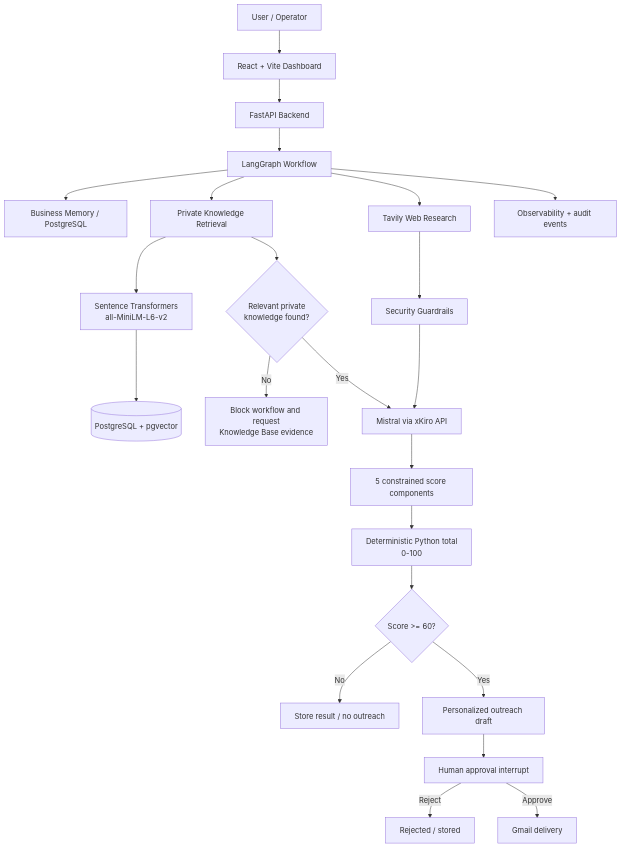
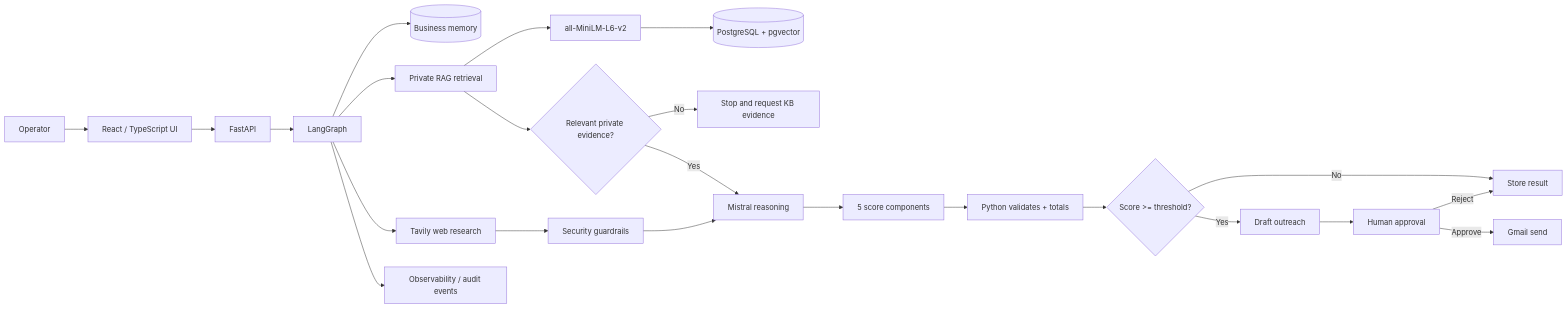
The diagram in README.md (mishal913/autonomous-ai-employee), drawn with Mermaid before and after one commit. The commit also changed other lines of this file and 8 other files, not shown here.

````diff
--- a/README.md
+++ b/README.md
@@ -50,35 +37,30 @@
 ```mermaid
-flowchart TD
-    U[User / Operator] --> UI[React + Vite Dashboard]
-    UI --> API[FastAPI Backend]
+flowchart LR
+    U[Operator] --> UI[React / TypeScript UI]
+    UI --> API[FastAPI]
+    API --> LG[LangGraph]
 
-    API --> LG[LangGraph Workflow]
+    LG --> MEM[(Business memory)]
+    LG --> WEB[Tavily web research]
+    LG --> RAG[Private RAG retrieval]
 
-    LG --> M[Business Memory / PostgreSQL]
-    LG --> T[Tavily Web Research]
-    LG --> RAG[Private Knowledge Retrieval]
-
-    RAG --> EMB[Sentence Transformers\nall-MiniLM-L6-v2]
+    RAG --> EMB[all-MiniLM-L6-v2]
     EMB --> PG[(PostgreSQL + pgvector)]
 
-    T --> SEC[Security Guardrails]
-    RAG --> GATE{Relevant private\nknowledge found?}
-
-    GATE -- No --> STOP[Block workflow and request\nKnowledge Base evidence]
-    GATE -- Yes --> LLM[Mistral via xKiro API]
-
+    WEB --> SEC[Security guardrails]
+    RAG --> GATE{Relevant private evidence?}
+    GATE -- No --> STOP[Stop and request KB evidence]
+    GATE -- Yes --> LLM[Mistral reasoning]
     SEC --> LLM
 
-    LLM --> SCORE[5 constrained score components]
-    SCORE --> PY[Deterministic Python total\n0-100]
+    LLM --> SCORE[5 score components]
+    SCORE --> PY[Python validates + totals]
+    PY --> ROUTE{Score >= threshold?}
+    ROUTE -- No --> STORE[Store result]
+    ROUTE -- Yes --> DRAFT[Draft outreach]
+    DRAFT --> HITL[Human approval]
+    HITL -- Reject --> STORE
+    HITL -- Approve --> GMAIL[Gmail send]
 
-    PY --> ROUTE{Score >= 60?}
-    ROUTE -- No --> END1[Store result / no outreach]
-    ROUTE -- Yes --> DRAFT[Personalized outreach draft]
-
-    DRAFT --> HITL[Human approval interrupt]
-    HITL -- Reject --> END2[Rejected / stored]
-    HITL -- Approve --> GMAIL[Gmail delivery]
-
-    LG --> OBS[Observability + audit events]
+    LG --> OBS[Observability / audit events]
 ```
````
